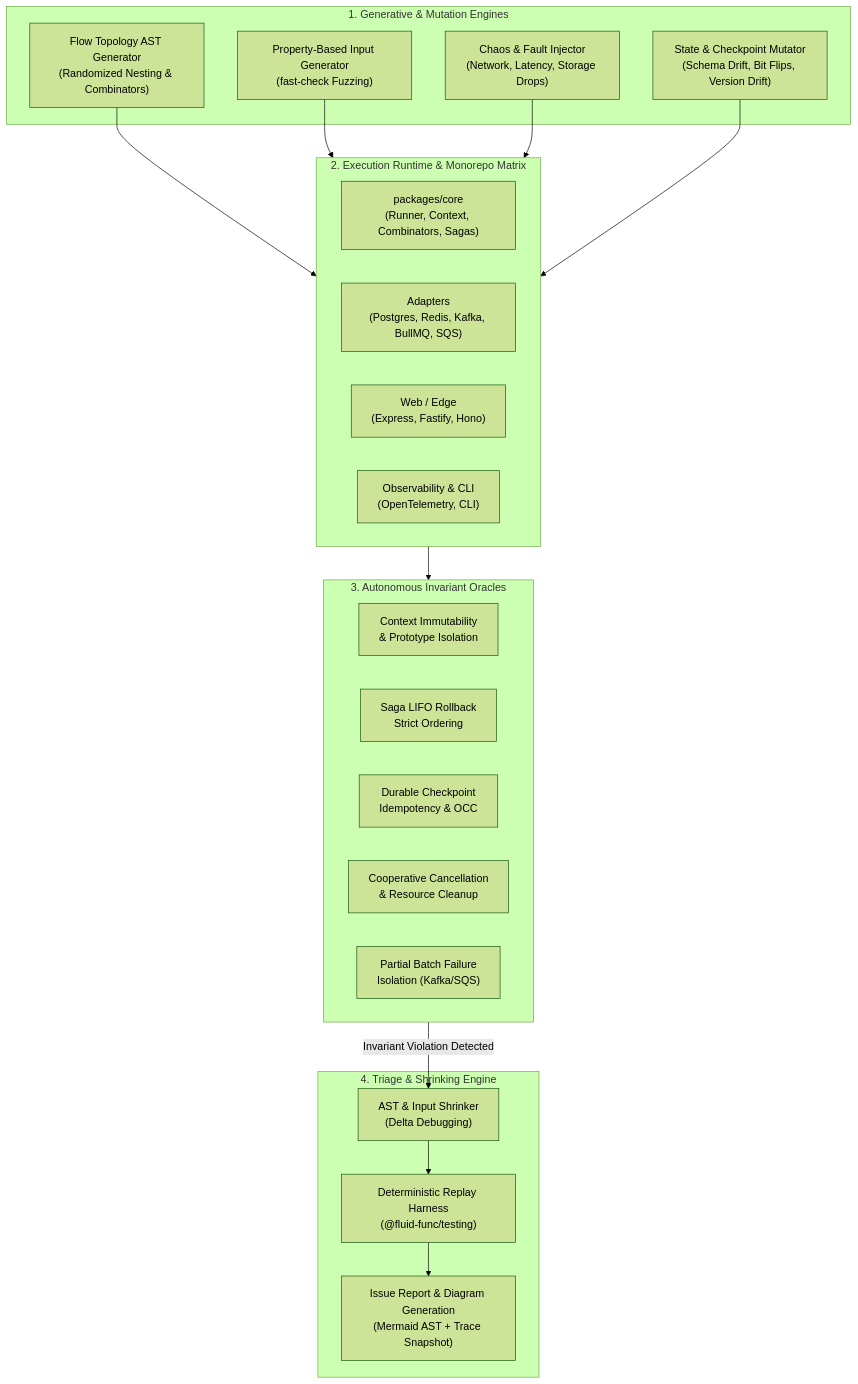
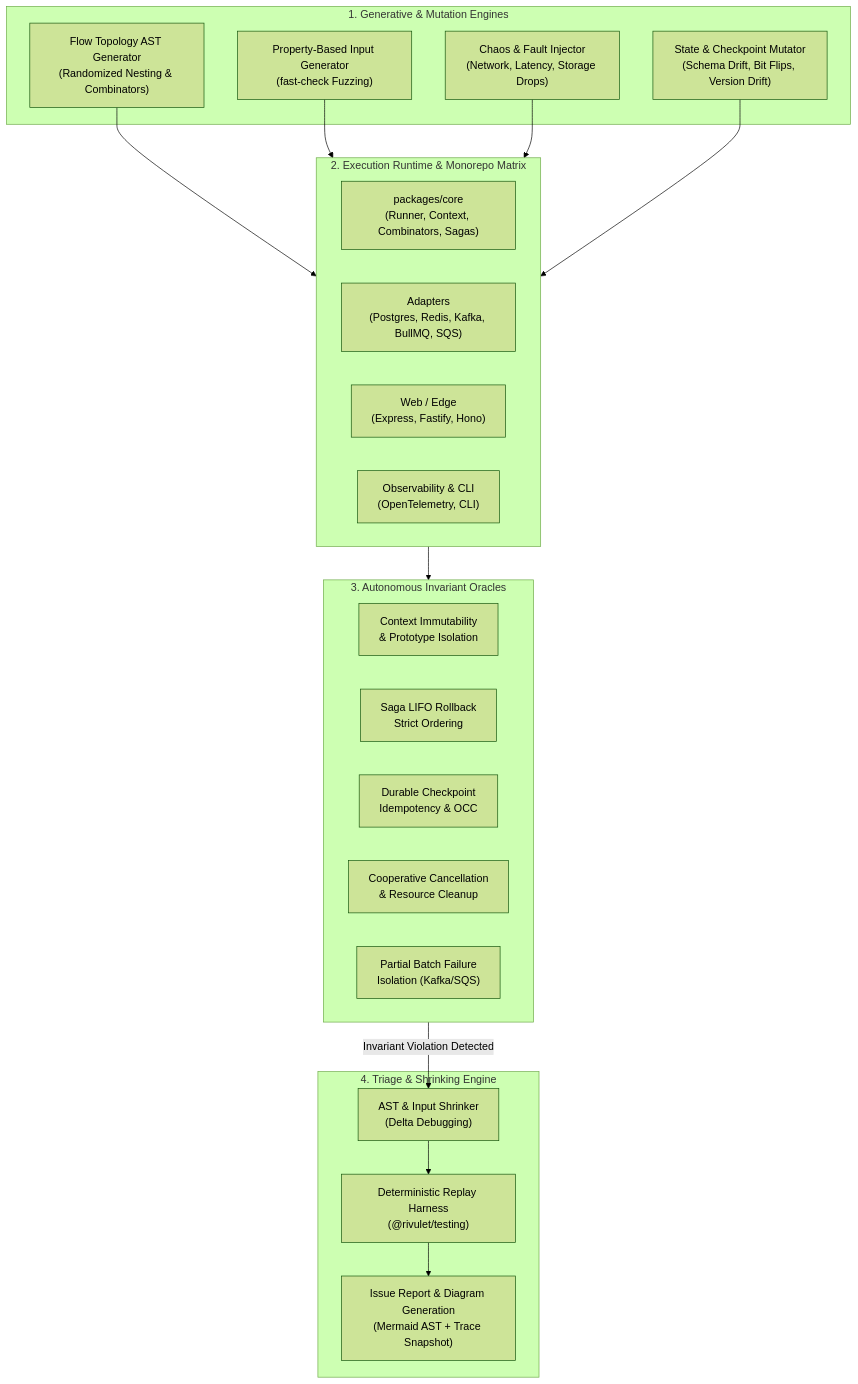
Before and after one commit to jsoftgem/siglo: the first of 3 diagrams in docs/automated-exploratory-plan.md, drawn with Mermaid (forest theme). The commit also changed other lines of this file and 146 other files, not shown here.

````diff
--- a/docs/automated-exploratory-plan.md
+++ b/docs/automated-exploratory-plan.md
@@ -20,39 +20,39 @@
 ```mermaid
 flowchart TD
     subgraph GenerativeEngines["1. Generative & Mutation Engines"]
         ASTGen["Flow Topology AST Generator\n(Randomized Nesting & Combinators)"]
         PBTGen["Property-Based Input Generator\n(fast-check Fuzzing)"]
         ChaosGen["Chaos & Fault Injector\n(Network, Latency, Storage Drops)"]
         MutateGen["State & Checkpoint Mutator\n(Schema Drift, Bit Flips, Version Drift)"]
     end
 
     subgraph TargetPlatform["2. Execution Runtime & Monorepo Matrix"]
         Core["packages/core\n(Runner, Context, Combinators, Sagas)"]
         Adapters["Adapters\n(Postgres, Redis, Kafka, BullMQ, SQS)"]
         WebEdge["Web / Edge\n(Express, Fastify, Hono)"]
         Observability["Observability & CLI\n(OpenTelemetry, CLI)"]
     end
 
     subgraph InvariantOracles["3. Autonomous Invariant Oracles"]
         InvContext["Context Immutability\n& Prototype Isolation"]
         InvLIFO["Saga LIFO Rollback\nStrict Ordering"]
         InvOCC["Durable Checkpoint\nIdempotency & OCC"]
         InvCancel["Cooperative Cancellation\n& Resource Cleanup"]
         InvBatch["Partial Batch Failure\nIsolation (Kafka/SQS)"]
     end
 
     subgraph Triaging["4. Triage & Shrinking Engine"]
         Shrinker["AST & Input Shrinker\n(Delta Debugging)"]
-        Replay["Deterministic Replay Harness\n(@fluid-func/testing)"]
+        Replay["Deterministic Replay Harness\n(@rivulet/testing)"]
         Alert["Issue Report & Diagram Generation\n(Mermaid AST + Trace Snapshot)"]
     end
 
     ASTGen --> TargetPlatform
     PBTGen --> TargetPlatform
     ChaosGen --> TargetPlatform
     MutateGen --> TargetPlatform
 
     TargetPlatform --> InvariantOracles
     InvariantOracles -->|Invariant Violation Detected| Shrinker
     Shrinker --> Replay --> Alert
 ```
````
